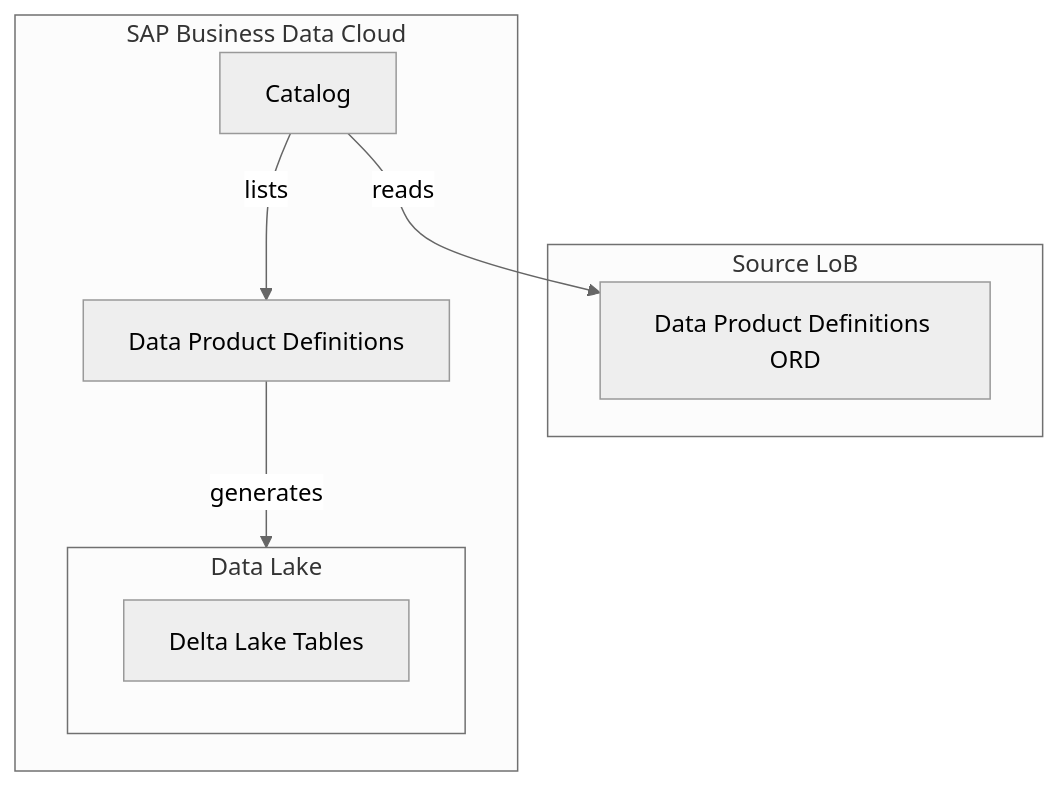
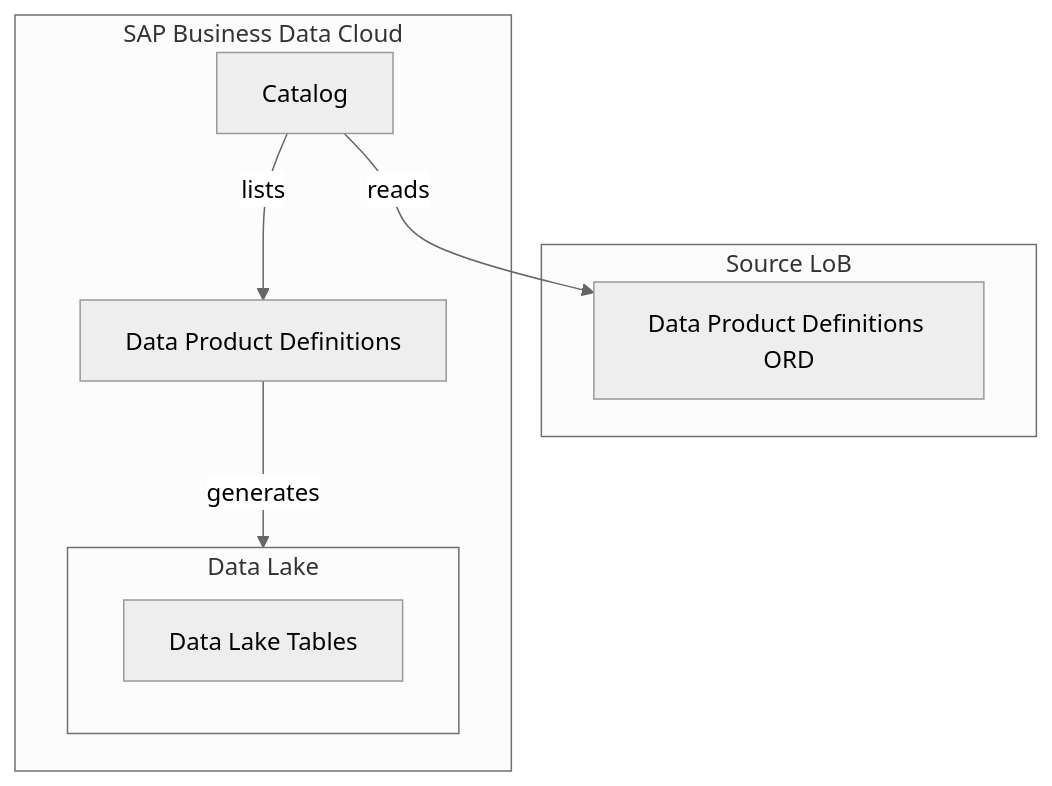
One commit to SAP/architecture-center changed the second of 3 diagrams in docs/ref-arch/RA0013/1-data-products-in-sap-business-data-cloud/readme.md. Above: the diagram before and after it, drawn with Mermaid (neutral theme). The commit also changed other lines of this file, not shown here.

````diff
--- a/docs/ref-arch/RA0013/1-data-products-in-sap-business-data-cloud/readme.md
+++ b/docs/ref-arch/RA0013/1-data-products-in-sap-business-data-cloud/readme.md
@@ -117,18 +123,18 @@
 ```mermaid
 flowchart TD
     subgraph Source_LoB[Source LoB]
         DP_Def1[Data Product Definitions ORD]
     end
 
     subgraph SAP_BDC[SAP Business Data Cloud]
         Catalog[Catalog]
         DP_Def2[Data Product Definitions]
         subgraph Data_Lake[Data Lake]
-            Delta_Lake_Tables["Delta Lake Tables"]
+            Data_Lake_Tables["Data Lake Tables"]
         end
 
         Catalog -->|reads| DP_Def1
         Catalog -->|lists| DP_Def2
         DP_Def2 -->|generates| Data_Lake
     end
 ```
````
